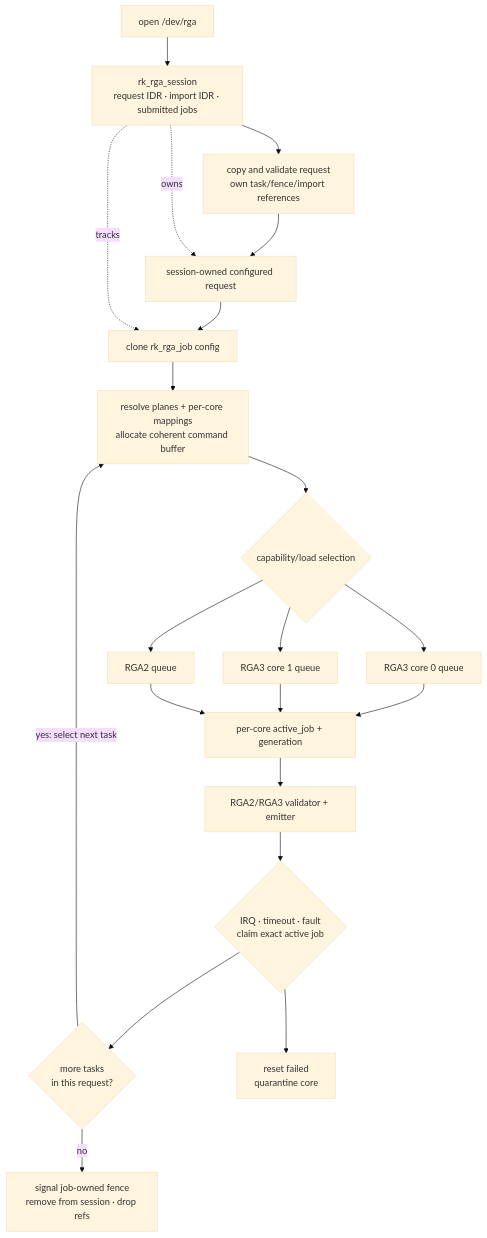
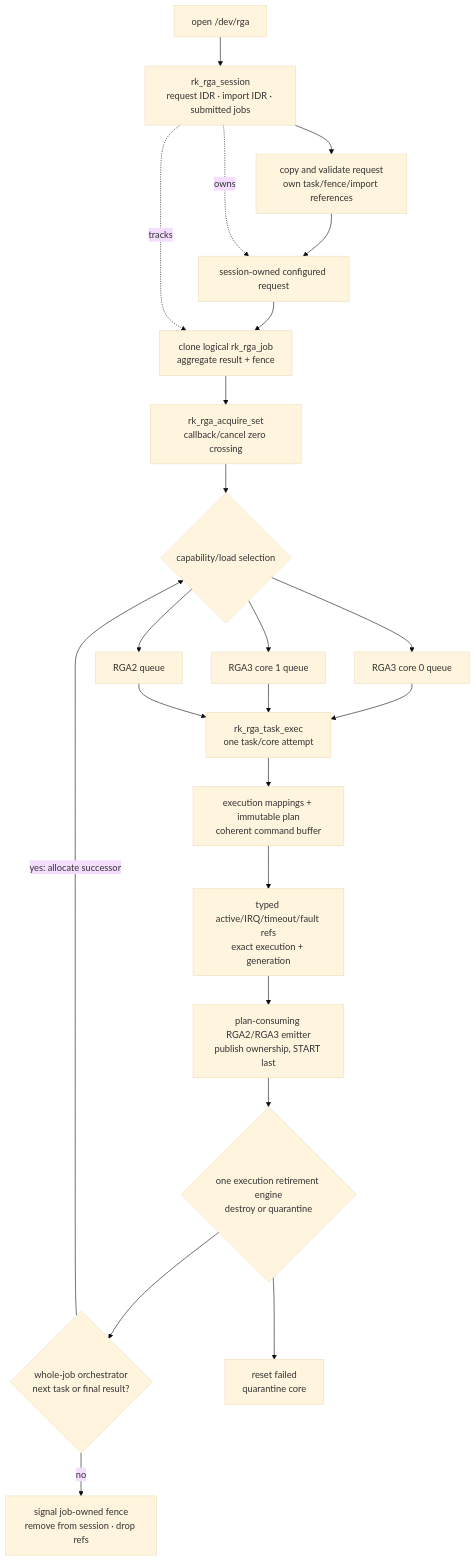
Before and after one commit to yisding/rock-5b-ysp: the sixth of 13 diagrams in kernel-drivers/docs/driver-architecture-comparison.md, drawn with Mermaid (base theme). The commit also changed other lines of this file and 13 other files, not shown here.

````diff
--- a/kernel-drivers/docs/driver-architecture-comparison.md
+++ b/kernel-drivers/docs/driver-architecture-comparison.md
@@ -288,30 +296,32 @@
 ```mermaid
 flowchart TB
   fd["open /dev/rga"]
   session["rk_rga_session<br/>request IDR · import IDR · submitted jobs"]
   config["copy and validate request<br/>own task/fence/import references"]
   request["session-owned configured request"]
-  submit["clone rk_rga_job config"]
-  materialize["resolve planes + per-core mappings<br/>allocate coherent command buffer"]
+  submit["clone logical rk_rga_job<br/>aggregate result + fence"]
+  acquire["rk_rga_acquire_set<br/>callback/cancel zero crossing"]
   select{"capability/load selection"}
+  execution["rk_rga_task_exec<br/>one task/core attempt"]
+  materialize["execution mappings + immutable plan<br/>coherent command buffer"]
   q0["RGA3 core 0 queue"]
   q1["RGA3 core 1 queue"]
   q2["RGA2 queue"]
-  active["per-core active_job + generation"]
-  emit["RGA2/RGA3 validator + emitter"]
-  finish{"IRQ · timeout · fault<br/>claim exact active job"}
-  next{"more tasks<br/>in this request?"}
+  active["typed active/IRQ/timeout/fault refs<br/>exact execution + generation"]
+  emit["plan-consuming RGA2/RGA3 emitter<br/>publish ownership, START last"]
+  finish{"one execution retirement engine<br/>destroy or quarantine"}
+  next{"whole-job orchestrator<br/>next task or final result?"}
   complete["signal job-owned fence<br/>remove from session · drop refs"]
   quarantine["reset failed<br/>quarantine core"]
 
-  fd --> session --> config --> request --> submit --> materialize --> select
-  select --> q0 --> active
-  select --> q1 --> active
-  select --> q2 --> active
-  active --> emit --> finish --> next
-  next -->|yes: select next task| materialize
+  fd --> session --> config --> request --> submit --> acquire --> select
+  select --> q0 --> execution
+  select --> q1 --> execution
+  select --> q2 --> execution
+  execution --> materialize --> active --> emit --> finish --> next
+  next -->|yes: allocate successor| select
   next -->|no| complete
   finish --> quarantine
   session -. owns .-> request
   session -. tracks .-> submit
 ```
````
